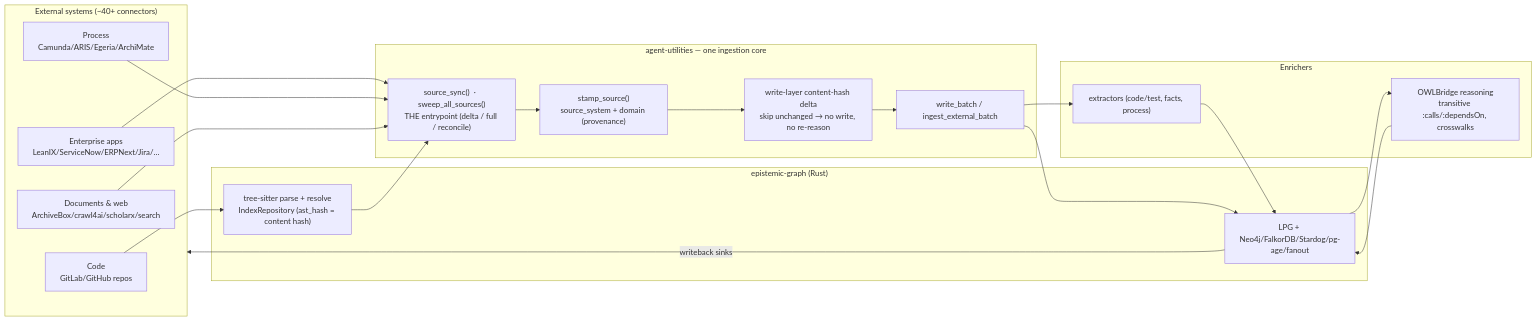
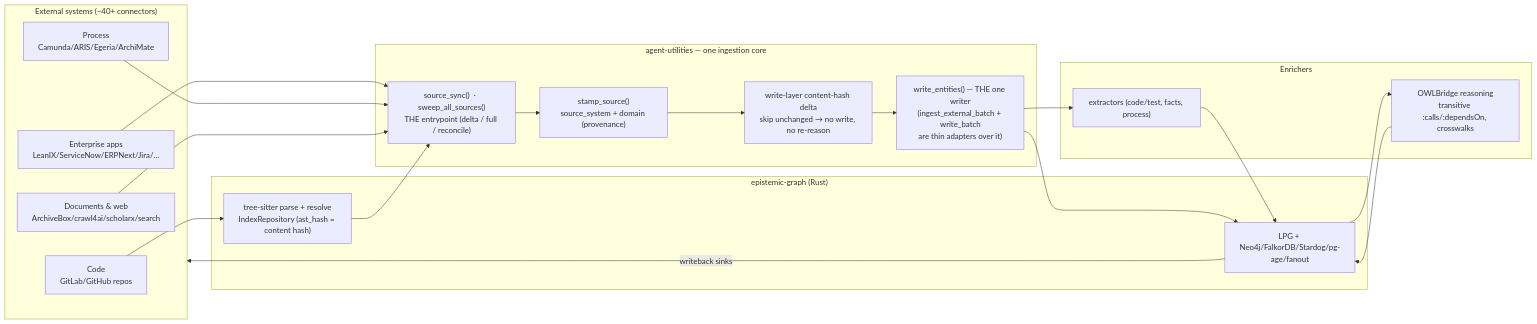
Before and after one commit to Knuckles-Team/agent-utilities: the first of 3 diagrams in docs/architecture/kg_connectors_and_ingestion.md, drawn with Mermaid. The commit also changed other lines of this file and 4 other files, not shown here.

First line of the commit message:
refactor(kg): consolidate to ONE materialization core — write_entities (KG-2.9)

````diff
--- a/docs/architecture/kg_connectors_and_ingestion.md
+++ b/docs/architecture/kg_connectors_and_ingestion.md
@@ -16,33 +16,33 @@
 ```mermaid
 flowchart LR
   subgraph SRC["External systems (~40+ connectors)"]
     EA["Enterprise apps\nLeanIX/ServiceNow/ERPNext/Jira/…"]
     CODE["Code\nGitLab/GitHub repos"]
     PROC["Process\nCamunda/ARIS/Egeria/ArchiMate"]
     DOC["Documents & web\nArchiveBox/crawl4ai/scholarx/search"]
   end
 
   subgraph CORE["agent-utilities — one ingestion core"]
     SS["source_sync()  ·  sweep_all_sources()\nTHE entrypoint (delta / full / reconcile)"]
     PROV["stamp_source()\nsource_system + domain (provenance)"]
     DELTA["write-layer content-hash delta\nskip unchanged → no write, no re-reason"]
-    WB["write_batch / ingest_external_batch"]
+    WB["write_entities() — THE one writer\n(ingest_external_batch + write_batch\nare thin adapters over it)"]
   end
 
   subgraph EG["epistemic-graph (Rust)"]
     PARSE["tree-sitter parse + resolve\nIndexRepository (ast_hash = content hash)"]
     STORE["LPG + Neo4j/FalkorDB/Stardog/pg-age/fanout"]
   end
 
   subgraph ENR["Enrichers"]
     OWL["OWLBridge reasoning\ntransitive :calls/:dependsOn, crosswalks"]
     EXTR["extractors (code/test, facts, process)"]
   end
 
   EA & PROC & DOC --> SS
   CODE --> PARSE --> SS
   SS --> PROV --> DELTA --> WB --> STORE
   STORE --> OWL --> STORE
   WB --> EXTR --> STORE
   STORE -->|writeback sinks| SRC
 ```
````
